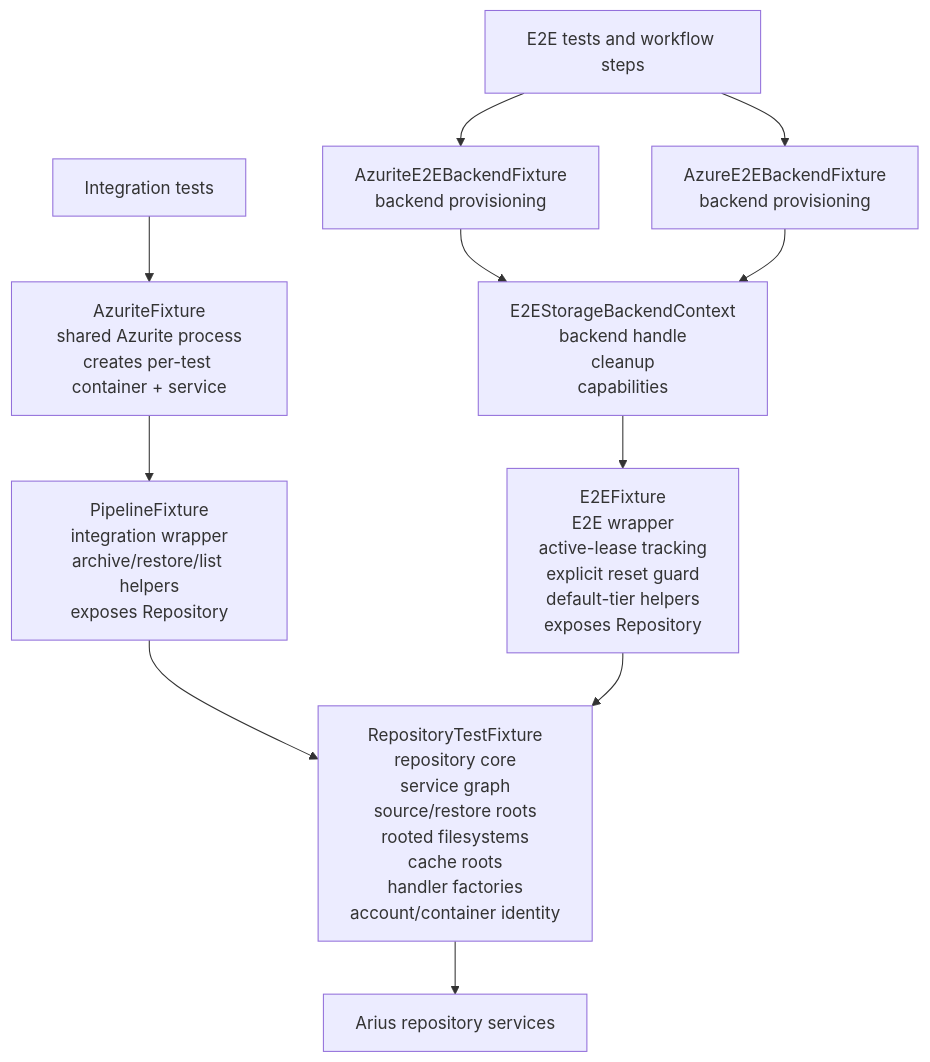
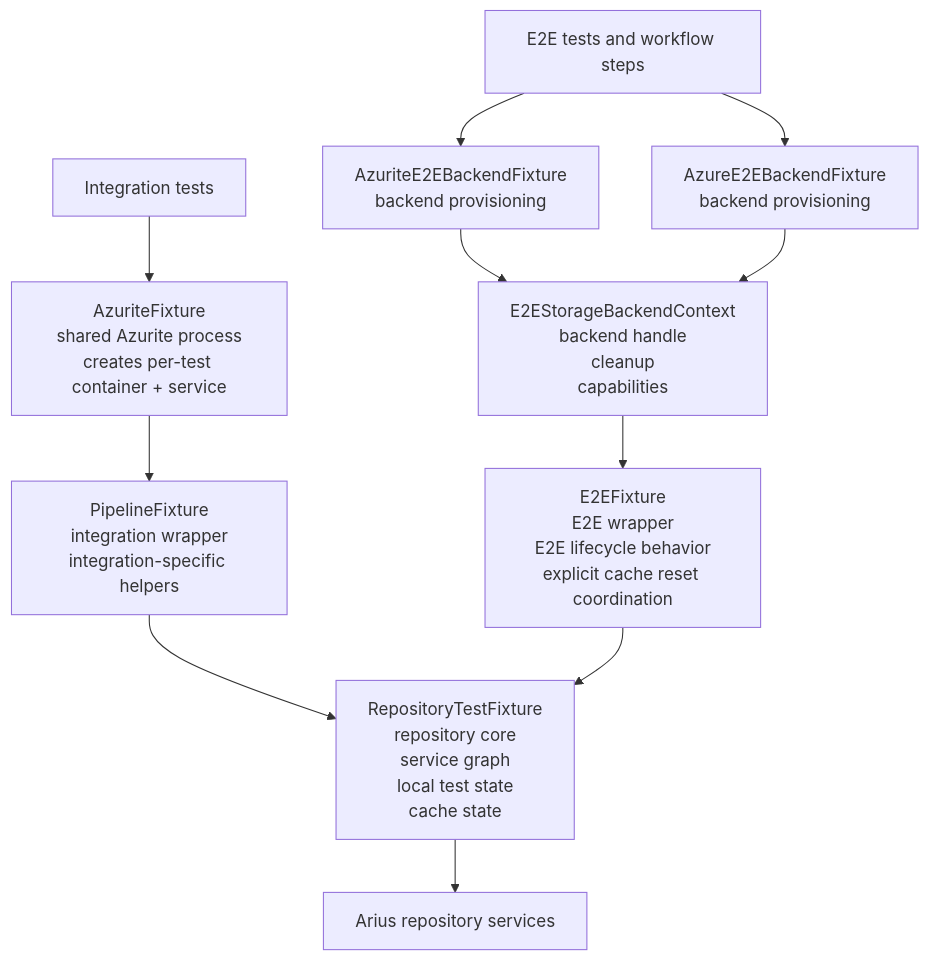
One commit to woutervanranst/Arius7 changed the diagram in docs/decisions/adr-0009-clarify-test-fixture-boundaries.md. Above: the diagram before and after it, drawn with Mermaid. The commit also changed other lines of this file, not shown here.

````diff
--- a/docs/decisions/adr-0009-clarify-test-fixture-boundaries.md
+++ b/docs/decisions/adr-0009-clarify-test-fixture-boundaries.md
@@ -116,20 +98,20 @@
 ```mermaid
 graph TD
     IT[Integration tests]
     ET[E2E tests and workflow steps]
 
     AZ[AzuriteFixture<br/>shared Azurite process<br/>creates per-test container + service]
-    PF[PipelineFixture<br/>integration wrapper<br/>archive/restore/list helpers<br/>exposes Repository]
-    RTF[RepositoryTestFixture<br/>repository core<br/>service graph<br/>source/restore roots<br/>rooted filesystems<br/>cache roots<br/>handler factories<br/>account/container identity]
+    PF[PipelineFixture<br/>integration wrapper<br/>integration-specific helpers]
+    RTF[RepositoryTestFixture<br/>repository core<br/>service graph<br/>local test state<br/>cache state]
 
     AZBF[AzuriteE2EBackendFixture<br/>backend provisioning]
     AEBF[AzureE2EBackendFixture<br/>backend provisioning]
     CTX[E2EStorageBackendContext<br/>backend handle<br/>cleanup<br/>capabilities]
-    E2EF[E2EFixture<br/>E2E wrapper<br/>active-lease tracking<br/>explicit reset guard<br/>default-tier helpers<br/>exposes Repository]
+    E2EF[E2EFixture<br/>E2E wrapper<br/>E2E lifecycle behavior<br/>explicit cache reset coordination]
     CORE[Arius repository services]
 
     IT --> AZ --> PF --> RTF --> CORE
     ET --> AZBF --> CTX
     ET --> AEBF --> CTX
     CTX --> E2EF --> RTF
 ```
````
